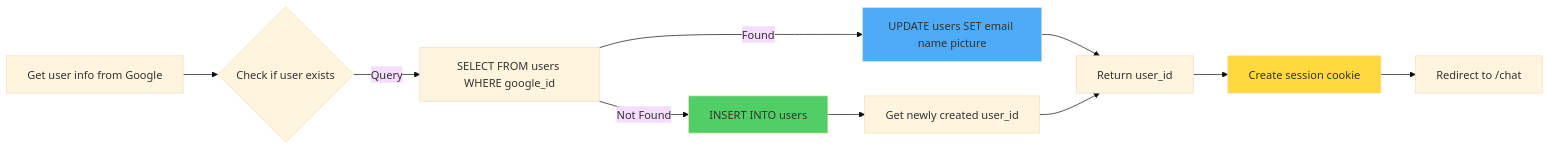
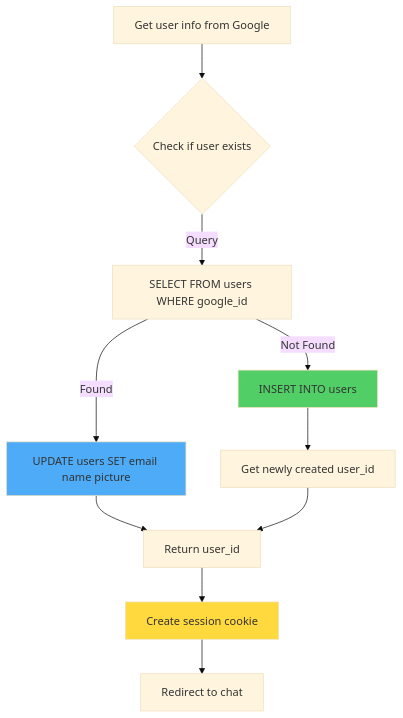
One commit to DANI-cloud-del/Flask changed the sixth of 15 diagrams in docs/OAUTH_FLOWCHART.md. Above: the diagram before and after it, drawn with Mermaid (base theme). The commit also changed other lines of this file, not shown here.

Commit message:
Fix missing line breaks in Mermaid flowcharts causing lexical errors

````diff
--- a/docs/OAUTH_FLOWCHART.md
+++ b/docs/OAUTH_FLOWCHART.md
@@ -210,19 +210,20 @@
 ```mermaid
-flowchart LR
+flowchart TD
     A[Get user info from Google] --> B{Check if user exists}
+    
     B -->|Query| C[SELECT FROM users WHERE google_id]
     
     C -->|Found| D[UPDATE users SET email name picture]
     C -->|Not Found| E[INSERT INTO users]
     
     D --> G[Return user_id]
     E --> F[Get newly created user_id]
     F --> G
     
     G --> H[Create session cookie]
-    H --> I[Redirect to /chat]
+    H --> I[Redirect to chat]
     
     style D fill:#4dabf7
     style E fill:#51cf66
     style H fill:#ffd93d
 ```
````
